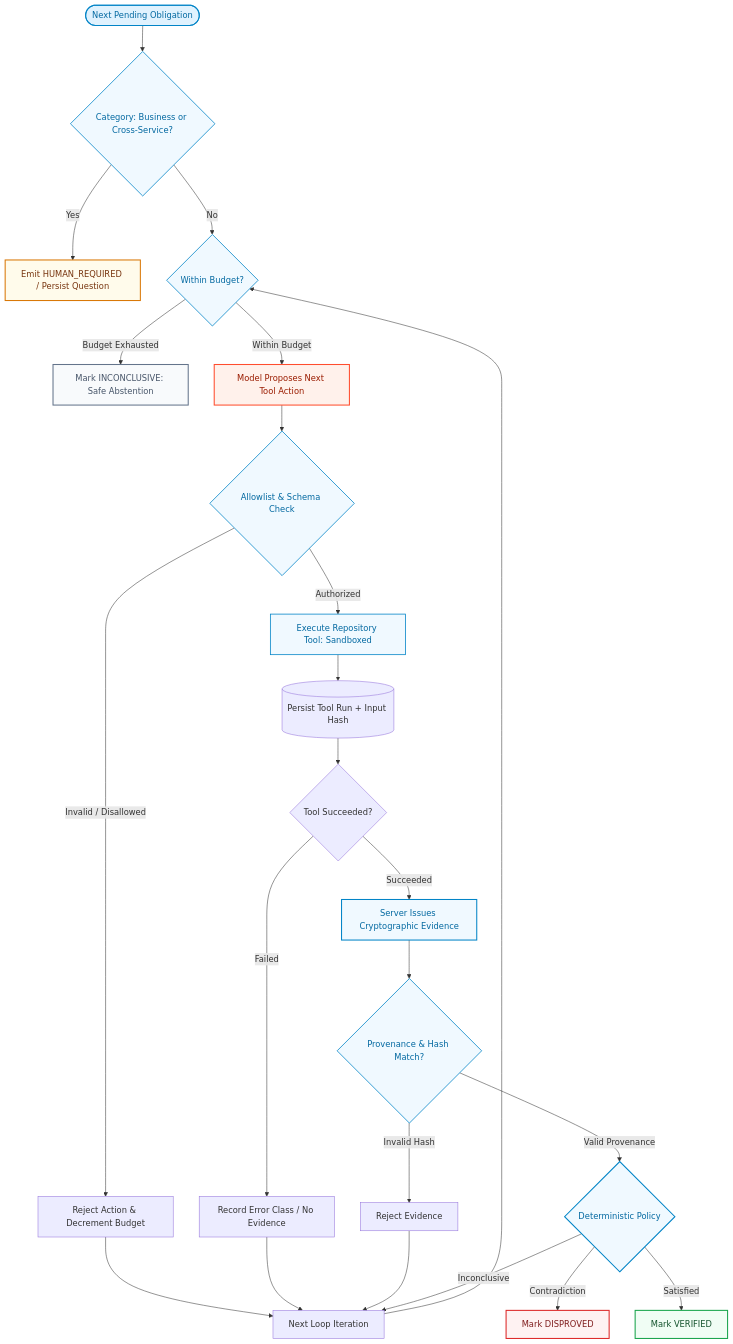
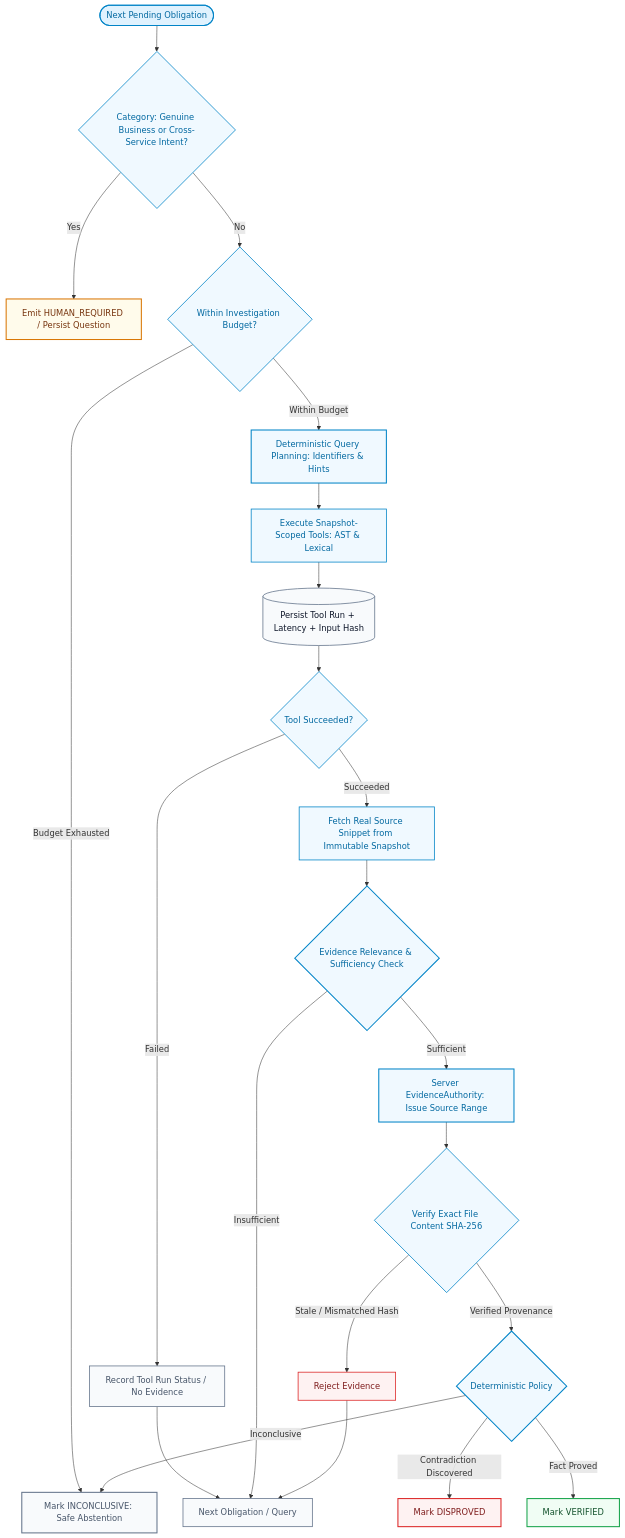
Before and after one commit to NikhilRaikwar/PlanProof: the second of 4 diagrams in README.md, drawn with Mermaid. The commit also changed other lines of this file and 13 other files, not shown here.

Commit message:
fix(release): align PlanProof claims, status UI, and evidence provenance

````diff
--- a/README.md
+++ b/README.md
@@ -190,46 +191,51 @@
 ```mermaid
 flowchart TD
-  Start([Next Pending Obligation]) --> CheckCat{Category: Business or Cross-Service?}
+  Start([Next Pending Obligation]) --> CheckCat{Category: Genuine Business or Cross-Service Intent?}
   CheckCat -->|Yes| HumanState[Emit HUMAN_REQUIRED / Persist Question]
-  CheckCat -->|No| CheckBudget{Within Budget?}
+  CheckCat -->|No| CheckBudget{Within Investigation Budget?}
 
   CheckBudget -->|Budget Exhausted| InconclusiveState[Mark INCONCLUSIVE: Safe Abstention]
-  CheckBudget -->|Within Budget| LLMAction[Model Proposes Next Tool Action]
+  CheckBudget -->|Within Budget| QueryPlan[Deterministic Query Planning: Identifiers & Hints]
 
-  LLMAction --> SchemaValidate{Allowlist & Schema Check}
-  SchemaValidate -->|Invalid / Disallowed| Replan[Reject Action & Decrement Budget]
-  Replan --> BoundedLoop[Next Loop Iteration]
-  BoundedLoop --> CheckBudget
-
-  SchemaValidate -->|Authorized| ExecuteTool[Execute Repository Tool: Sandboxed]
-  ExecuteTool --> RecordToolRun[(Persist Tool Run + Input Hash)]
+  QueryPlan --> ExecuteTool[Execute Snapshot-Scoped Tools: AST & Lexical]
+  ExecuteTool --> RecordToolRun[(Persist Tool Run + Latency + Input Hash)]
 
   RecordToolRun --> CheckToolStatus{Tool Succeeded?}
-  CheckToolStatus -->|Failed| ToolFailEvent[Record Error Class / No Evidence]
-  ToolFailEvent --> BoundedLoop
+  CheckToolStatus -->|Failed| ToolFailEvent[Record Tool Run Status / No Evidence]
+  ToolFailEvent --> BoundedLoop[Next Obligation / Query]
 
-  CheckToolStatus -->|Succeeded| IssueEvidence[Server Issues Cryptographic Evidence]
-  IssueEvidence --> ValidateProvenance{Provenance & Hash Match?}
+  CheckToolStatus -->|Succeeded| FetchSnippet[Fetch Real Source Snippet from Immutable Snapshot]
+  FetchSnippet --> CheckSufficiency{Evidence Relevance & Sufficiency Check}
 
-  ValidateProvenance -->|Invalid Hash| DropEvidence[Reject Evidence]
+  CheckSufficiency -->|Insufficient| BoundedLoop
+  CheckSufficiency -->|Sufficient| IssueEvidence[Server EvidenceAuthority: Issue Source Range]
+
+  IssueEvidence --> ValidateProvenance{Verify Exact File Content SHA-256}
+  ValidateProvenance -->|Stale / Mismatched Hash| DropEvidence[Reject Evidence]
   DropEvidence --> BoundedLoop
 
-  ValidateProvenance -->|Valid Provenance| ApplyPolicy{Deterministic Policy}
-  ApplyPolicy -->|Contradiction| Disproved[Mark DISPROVED]
-  ApplyPolicy -->|Satisfied| Verified[Mark VERIFIED]
-  ApplyPolicy -->|Inconclusive| BoundedLoop
+  ValidateProvenance -->|Verified Provenance| ApplyPolicy{Deterministic Policy}
+  ApplyPolicy -->|Contradiction Discovered| Disproved[Mark DISPROVED]
+  ApplyPolicy -->|Fact Proved| Verified[Mark VERIFIED]
+  ApplyPolicy -->|Inconclusive| InconclusiveState
 
   style Start fill:#e0f2fe,stroke:#0284c7,stroke-width:2px,color:#0369a1
-  style LLMAction fill:#fff1eb,stroke:#ff4d2e,stroke-width:2px,color:#9a1c00
   style CheckCat fill:#f0f9ff,stroke:#0284c7,stroke-width:1.5px,color:#0369a1
   style CheckBudget fill:#f0f9ff,stroke:#0284c7,stroke-width:1.5px,color:#0369a1
-  style SchemaValidate fill:#f0f9ff,stroke:#0284c7,stroke-width:1.5px,color:#0369a1
+  style QueryPlan fill:#f0f9ff,stroke:#0284c7,stroke-width:2px,color:#0369a1
   style ExecuteTool fill:#f0f9ff,stroke:#0284c7,stroke-width:1.5px,color:#0369a1
+  style RecordToolRun fill:#f8fafc,stroke:#64748b,stroke-width:1.5px,color:#0f172a
+  style CheckToolStatus fill:#f0f9ff,stroke:#0284c7,stroke-width:1.5px,color:#0369a1
+  style FetchSnippet fill:#f0f9ff,stroke:#0284c7,stroke-width:1.5px,color:#0369a1
+  style CheckSufficiency fill:#f0f9ff,stroke:#0284c7,stroke-width:2px,color:#0369a1
   style IssueEvidence fill:#f0f9ff,stroke:#0284c7,stroke-width:2px,color:#0369a1
   style ValidateProvenance fill:#f0f9ff,stroke:#0284c7,stroke-width:1.5px,color:#0369a1
   style ApplyPolicy fill:#f0f9ff,stroke:#0284c7,stroke-width:2px,color:#0369a1
   style HumanState fill:#fffbeb,stroke:#d97706,stroke-width:2px,color:#78350f
   style Disproved fill:#fef2f2,stroke:#dc2626,stroke-width:2px,color:#7f1d1d
   style Verified fill:#f0fdf4,stroke:#16a34a,stroke-width:2px,color:#14532d
   style InconclusiveState fill:#f8fafc,stroke:#64748b,stroke-width:2px,color:#475569
+  style DropEvidence fill:#fef2f2,stroke:#dc2626,stroke-width:1.5px,color:#7f1d1d
+  style ToolFailEvent fill:#f8fafc,stroke:#64748b,stroke-width:1.5px,color:#475569
+  style BoundedLoop fill:#f8fafc,stroke:#64748b,stroke-width:1.5px,color:#475569
 ```
````
